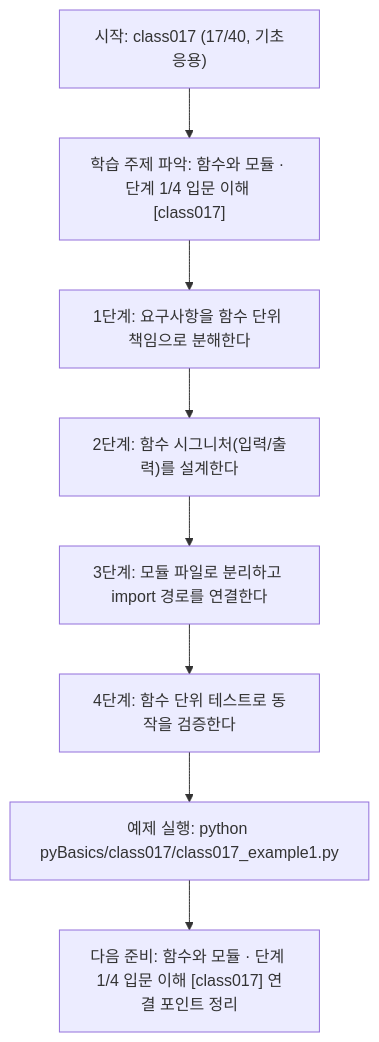
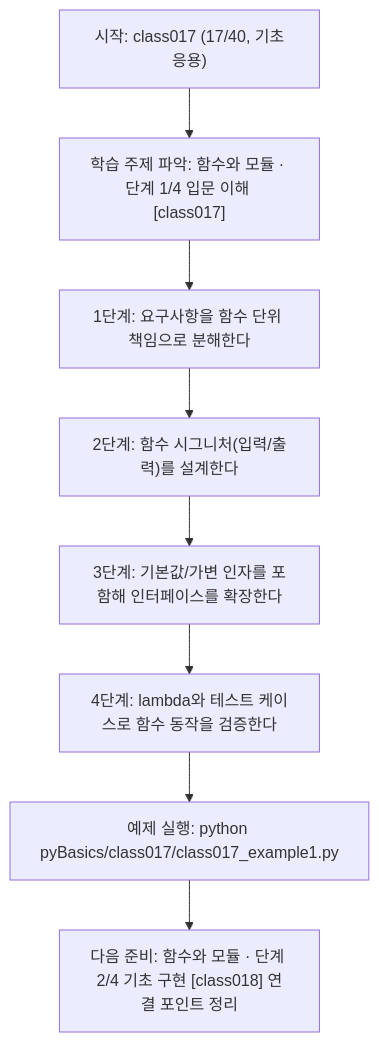
Before and after one commit to edumgt/Python-AI_Agent-Class: the diagram in pyBasics/class017/class017.md, drawn with Mermaid. The commit also changed other lines of this file and 2370 other files, not shown here.

````diff
--- a/pyBasics/class017/class017.md
+++ b/pyBasics/class017/class017.md
@@ -109,18 +91,18 @@
 ```mermaid
 flowchart TD
 N1["시작: class017 (17/40, 기초응용)"]
 N2["학습 주제 파악: 함수와 모듈 · 단계 1/4 입문 이해 [class017]"]
 N3["1단계: 요구사항을 함수 단위 책임으로 분해한다"]
 N4["2단계: 함수 시그니처(입력/출력)를 설계한다"]
-N5["3단계: 모듈 파일로 분리하고 import 경로를 연결한다"]
-N6["4단계: 함수 단위 테스트로 동작을 검증한다"]
+N5["3단계: 기본값/가변 인자를 포함해 인터페이스를 확장한다"]
+N6["4단계: lambda와 테스트 케이스로 함수 동작을 검증한다"]
 N7["예제 실행: python pyBasics/class017/class017_example1.py"]
-N8["다음 준비: 함수와 모듈 · 단계 1/4 입문 이해 [class017] 연결 포인트 정리"]
+N8["다음 준비: 함수와 모듈 · 단계 2/4 기초 구현 [class018] 연결 포인트 정리"]
 N1 --> N2
 N2 --> N3
 N3 --> N4
 N4 --> N5
 N5 --> N6
 N6 --> N7
 N7 --> N8
 ```
````
